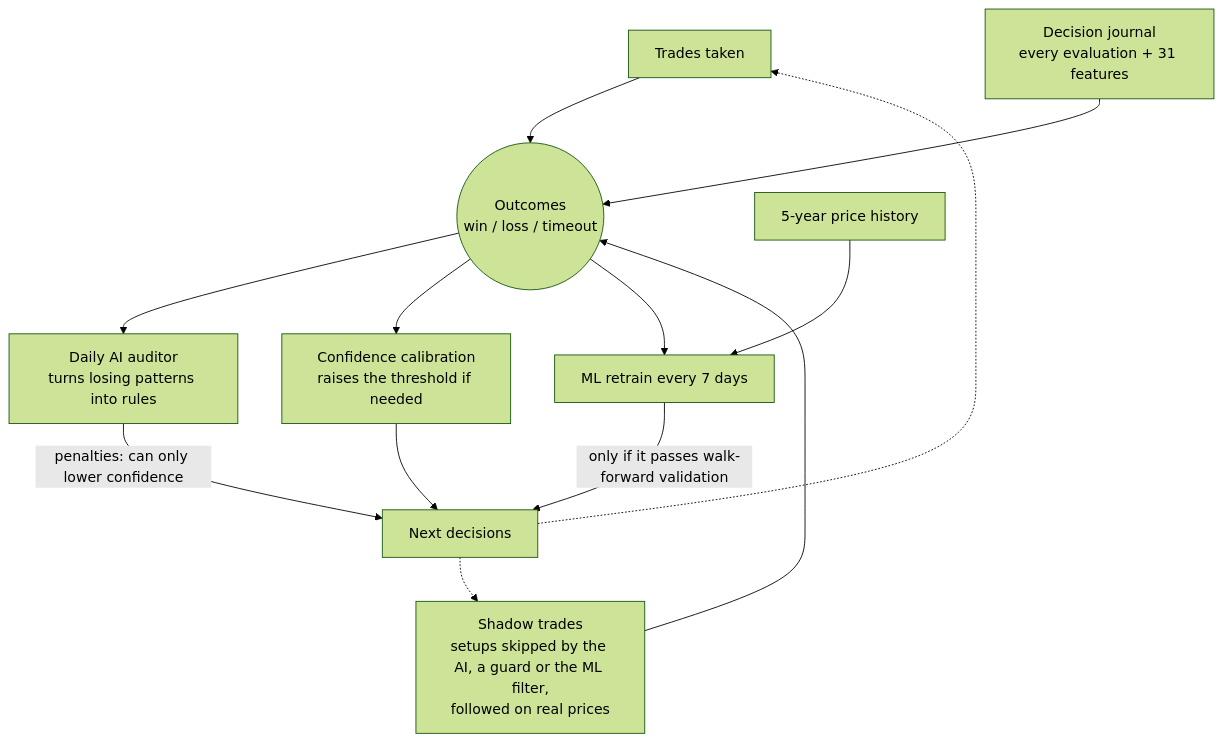
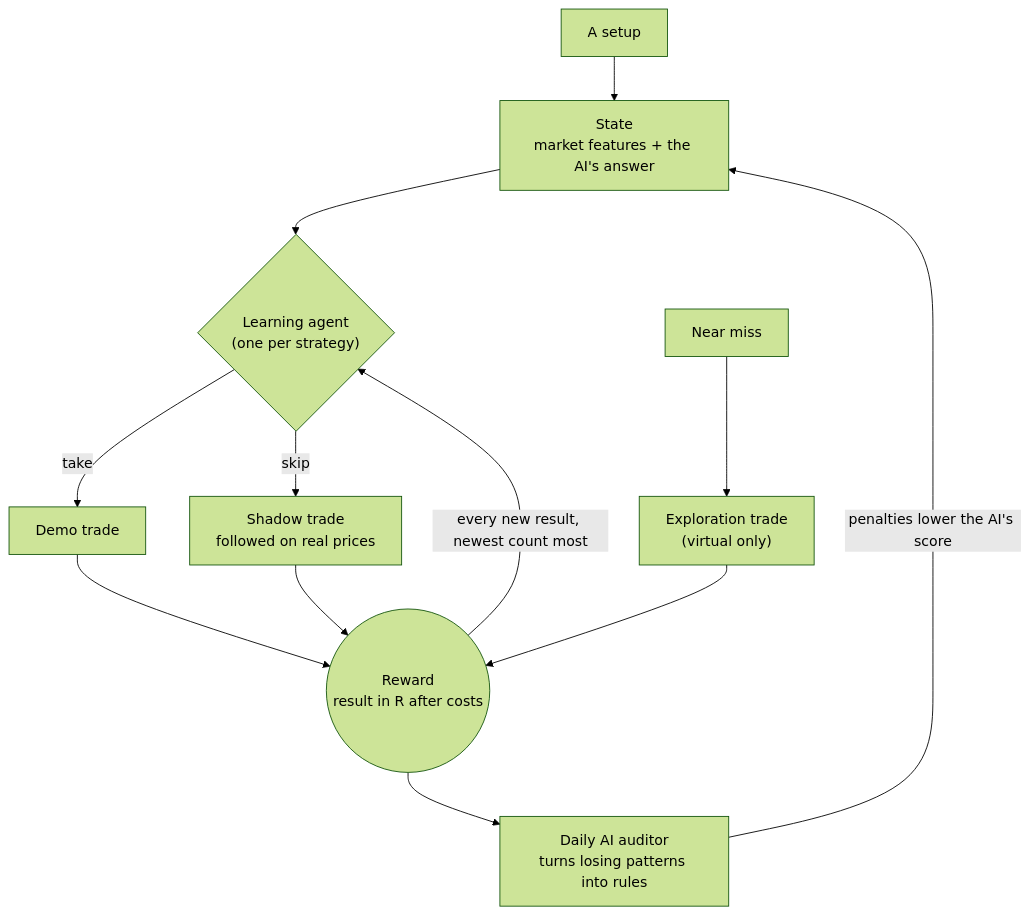
The second of 3 diagrams in README.md (Hassnain829/Trading-Agent-), drawn with Mermaid (forest theme) before and after one commit. The commit also changed other lines of this file and 48 other files, not shown here.

````diff
--- a/README.md
+++ b/README.md
@@ -107,13 +151,12 @@
 ```mermaid
 flowchart TD
-    T["Trades taken"] --> O
-    S["Shadow trades<br/>setups skipped by the AI, a guard or the ML filter,<br/>followed on real prices"] --> O
-    J["Decision journal<br/>every evaluation + 31 features"] --> O
-    H["5-year price history"] --> M
-    O(("Outcomes<br/>win / loss / timeout")) --> A & C & M
-    A["Daily AI auditor<br/>turns losing patterns into rules"] -->|"penalties: can only lower confidence"| D
-    C["Confidence calibration<br/>raises the threshold if needed"] --> D
-    M["ML retrain every 7 days"] -->|"only if it passes walk-forward validation"| D
-    D["Next decisions"] -.-> T
-    D -.-> S
+    SETUP["A setup"] --> STATE["State<br/>market features + the AI's answer"]
+    STATE --> AG{"Learning agent<br/>(one per strategy)"}
+    AG -- take --> T["Demo trade"]
+    AG -- skip --> S["Shadow trade<br/>followed on real prices"]
+    NM["Near miss"] --> X["Exploration trade<br/>(virtual only)"]
+    T & S & X --> RW(("Reward<br/>result in R after costs"))
+    RW -->|"every new result, newest count most"| AG
+    RW --> A["Daily AI auditor<br/>turns losing patterns into rules"]
+    A -->|"penalties lower the AI's score"| STATE
 ```
````
